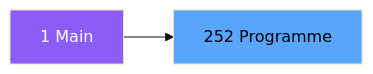
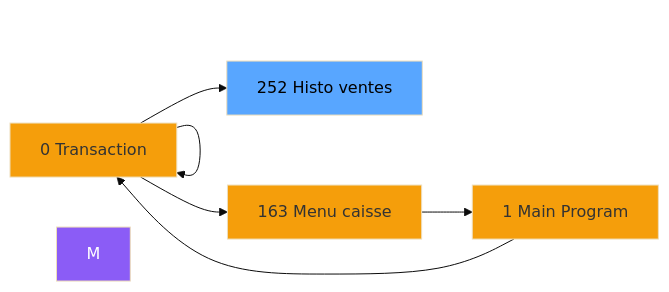
Before and after one commit to thonyAGP/magic-migration: the second of 3 diagrams in .openspec/specs/ADH-IDE-252.md, drawn with Mermaid (base theme). The commit also changed other lines of this file and 323 other files, not shown here.

````diff
--- a/.openspec/specs/ADH-IDE-252.md
+++ b/.openspec/specs/ADH-IDE-252.md
@@ -114,8 +140,21 @@
 ```mermaid
 graph LR
-    M[1 Main]
-    T[252 Programme]
-    M --> T
+    N0[0 Transaction ]
+    N0[0 Transaction ]
+    N163[163 Menu caisse ]
+    N1[1 Main Program]
+    N0[0 Transaction ]
+    T[252 Histo ventes]
+    N0 --> N0
+    N0 --> N163
+    N163 --> N1
+    N1 --> N0
+    N0 --> T
     style M fill:#8b5cf6,color:#fff
+    style N0 fill:#f59e0b
+    style N0 fill:#f59e0b
+    style N163 fill:#f59e0b
+    style N1 fill:#f59e0b
+    style N0 fill:#f59e0b
     style T fill:#58a6ff,color:#000
 ```
````
